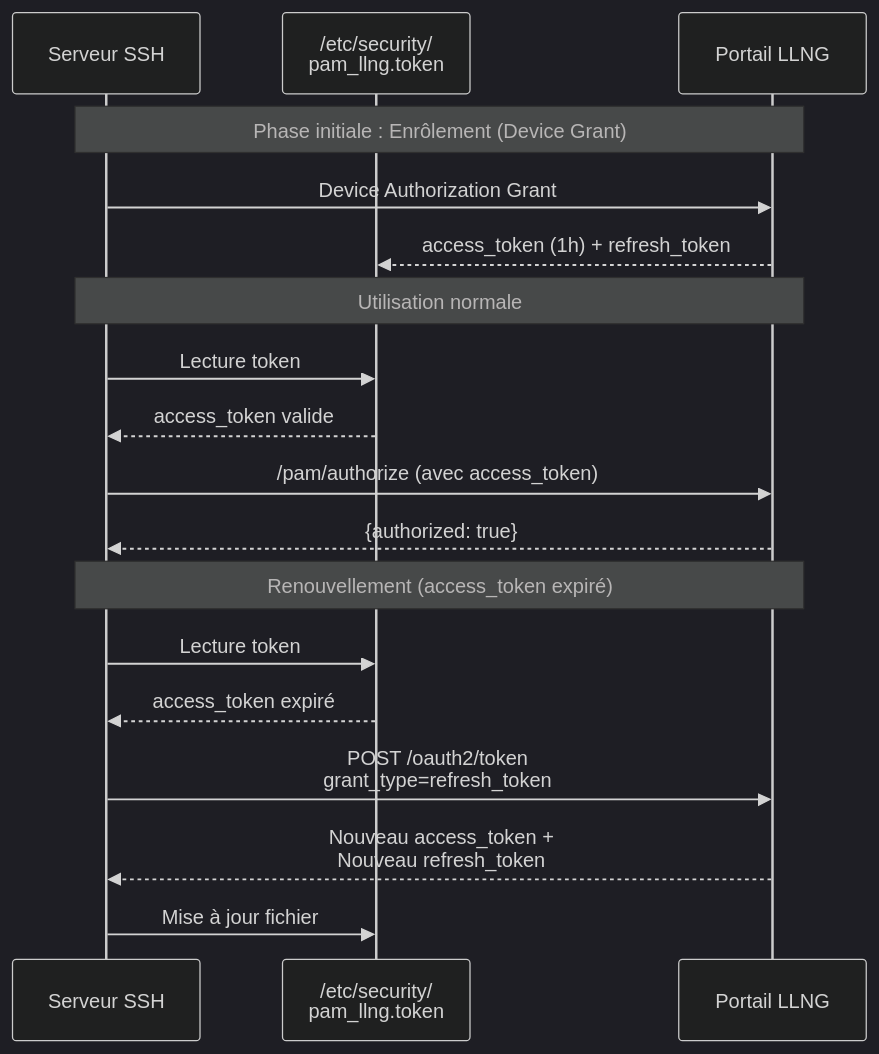
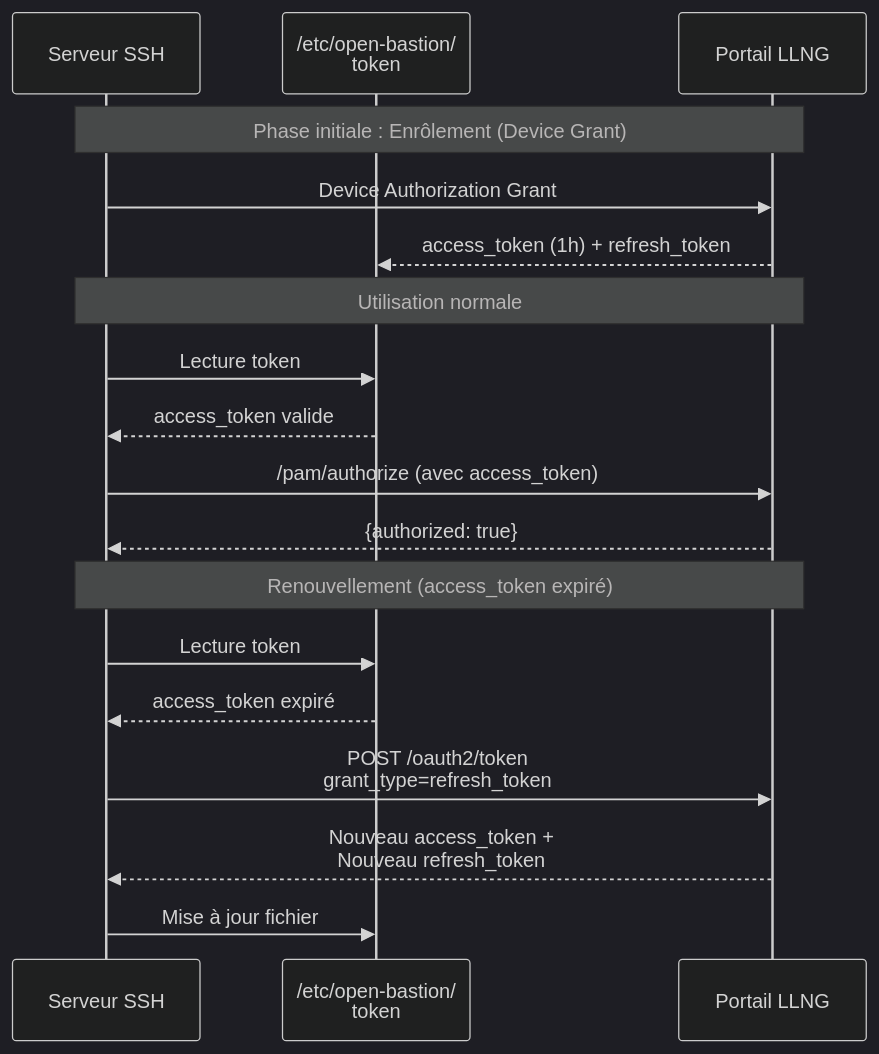
One commit to linagora/open-bastion changed the second of 7 diagrams in doc/security/01-enrollment.md. Above: the diagram before and after it, drawn with Mermaid (dark theme). The commit also changed other lines of this file and 32 other files, not shown here.

First line of the commit message:
fix: rename obsolete llng-* references to ob-*/open-bastion

````diff
--- a/doc/security/01-enrollment.md
+++ b/doc/security/01-enrollment.md
@@ -345,23 +345,23 @@
 ```mermaid
 sequenceDiagram
     participant Srv as Serveur SSH
-    participant Token as /etc/security/<br/>pam_llng.token
+    participant Token as /etc/open-bastion/<br/>token
     participant LLNG as Portail LLNG
 
     Note over Srv,LLNG: Phase initiale : Enrôlement (Device Grant)
     Srv->>LLNG: Device Authorization Grant
     LLNG-->>Token: access_token (1h) + refresh_token
 
     Note over Srv,LLNG: Utilisation normale
     Srv->>Token: Lecture token
     Token-->>Srv: access_token valide
     Srv->>LLNG: /pam/authorize (avec access_token)
     LLNG-->>Srv: {authorized: true}
 
     Note over Srv,LLNG: Renouvellement (access_token expiré)
     Srv->>Token: Lecture token
     Token-->>Srv: access_token expiré
     Srv->>LLNG: POST /oauth2/token<br/>grant_type=refresh_token
     LLNG-->>Srv: Nouveau access_token +<br/>Nouveau refresh_token
     Srv->>Token: Mise à jour fichier
 ```
````
